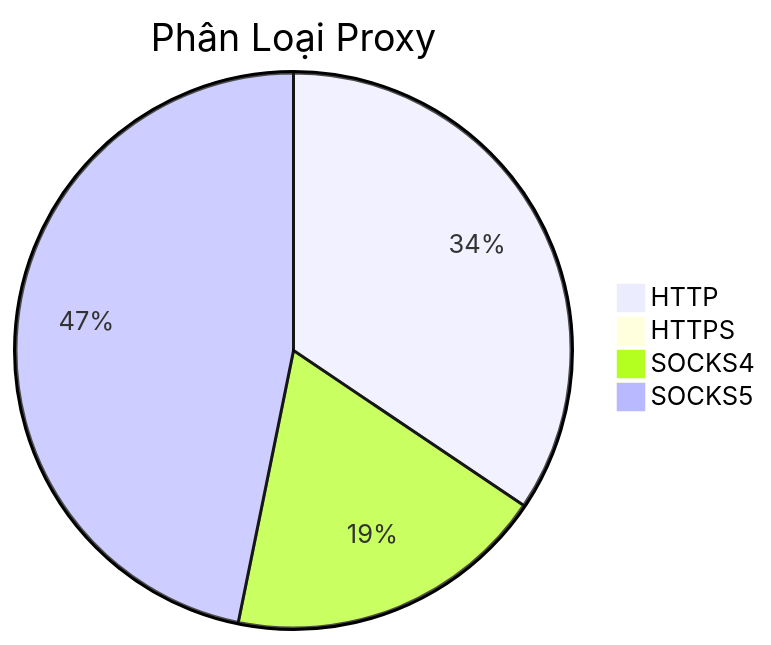
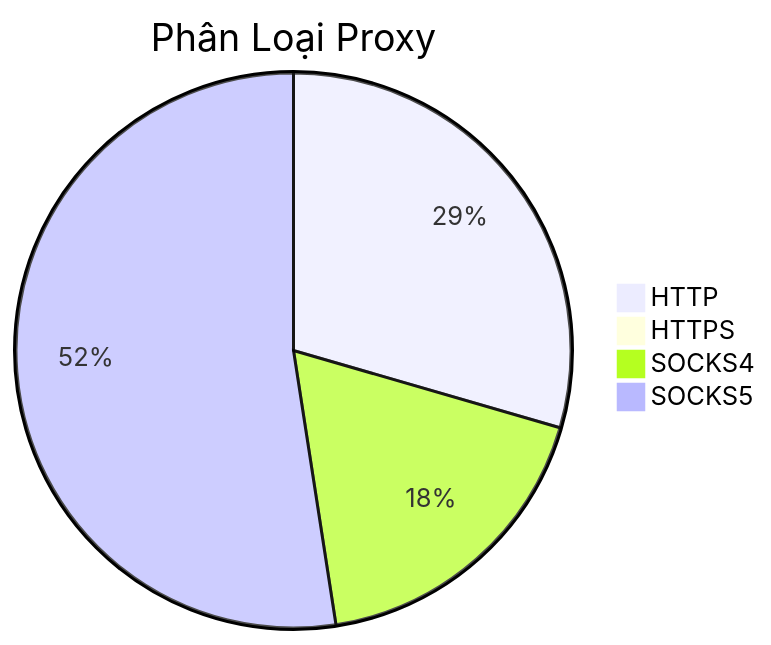
One commit to Ciara-12/PROXY-free changed the diagram in README.md. Above: the diagram before and after it, drawn with Mermaid. The commit also changed other lines of this file and 4 other files, not shown here.

````diff
--- a/README.md
+++ b/README.md
@@ -26,7 +26,7 @@
 ```mermaid
 pie title Phân Loại Proxy
-    "HTTP" : 712
-    "HTTPS" : 2
-    "SOCKS4" : 388
-    "SOCKS5" : 968
+    "HTTP" : 627
+    "HTTPS" : 4
+    "SOCKS4" : 384
+    "SOCKS5" : 1115
 ```
````
